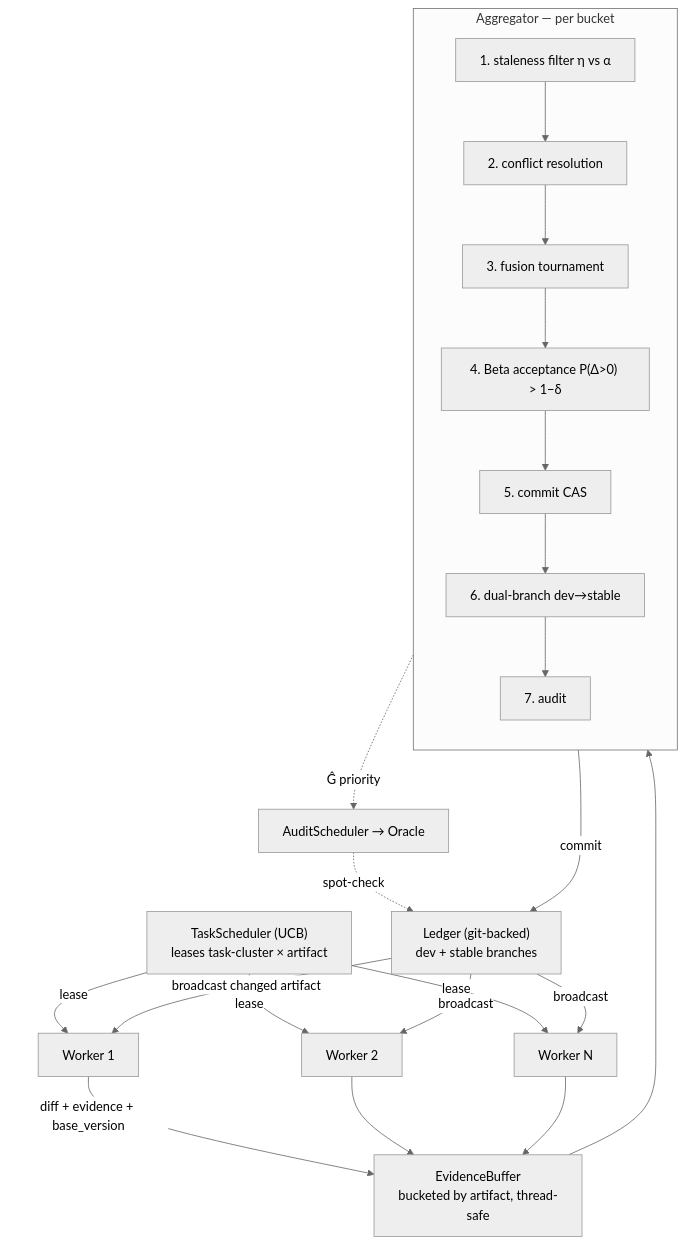
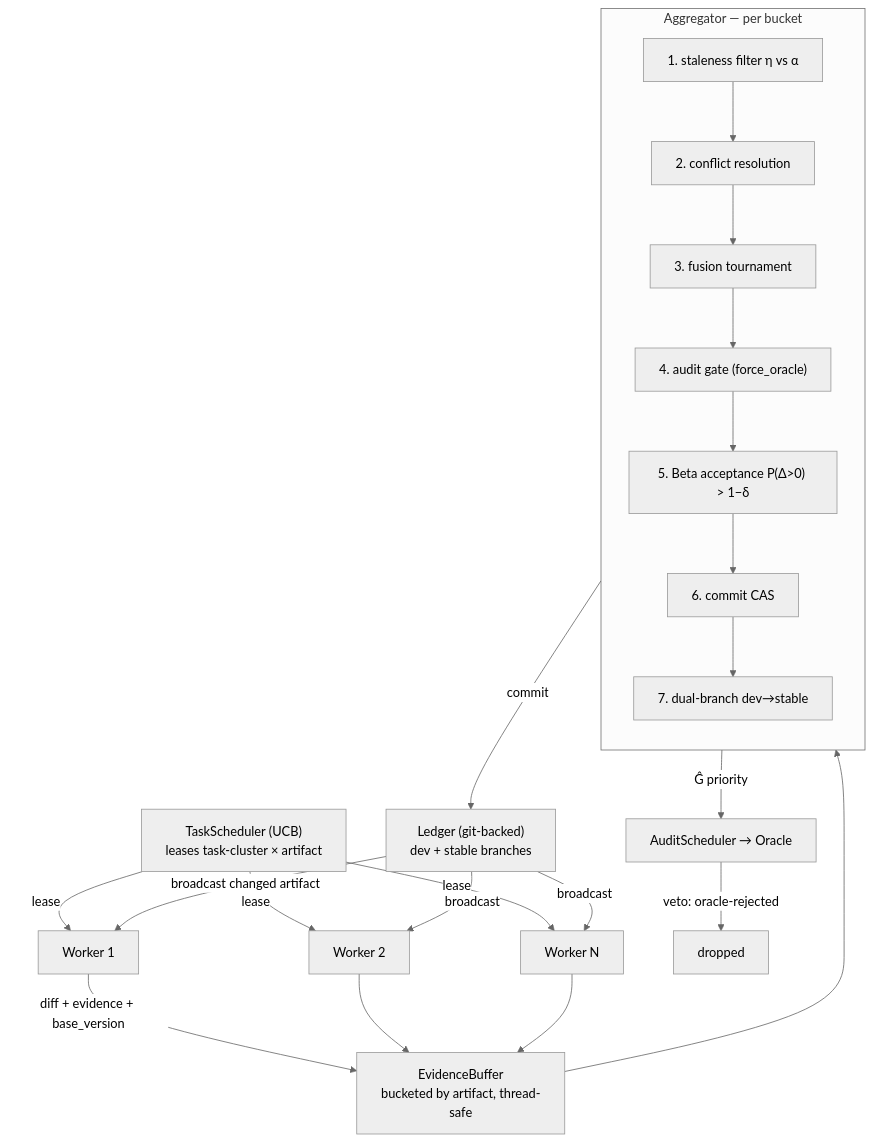
The diagram in docs/architecture.md (Birfy/agentdescent), drawn with Mermaid (neutral theme) before and after one commit. The commit also changed other lines of this file and 10 other files, not shown here.

````diff
--- a/docs/architecture.md
+++ b/docs/architecture.md
@@ -26,25 +26,25 @@
 ```mermaid
 flowchart TD
     TS["TaskScheduler (UCB)<br/>leases task-cluster × artifact"] -->|lease| W1[Worker 1]
     TS -->|lease| W2[Worker 2]
     TS -->|lease| WN[Worker N]
     W1 -->|diff + evidence + base_version| EB
     W2 --> EB
     WN --> EB
     EB["EvidenceBuffer<br/>bucketed by artifact, thread-safe"] --> AG
     subgraph AG["Aggregator — per bucket"]
         direction TB
         S1[1. staleness filter η vs α] --> S2[2. conflict resolution]
         S2 --> S3[3. fusion tournament]
-        S3 --> S4["4. Beta acceptance P(Δ>0) &gt; 1−δ"]
-        S4 --> S5[5. commit CAS]
-        S5 --> S6[6. dual-branch dev→stable]
-        S6 --> S7[7. audit]
+        S3 --> S7["4. audit gate (force_oracle)"]
+        S7 --> S4["5. Beta acceptance P(Δ>0) &gt; 1−δ"]
+        S4 --> S5[6. commit CAS]
+        S5 --> S6[7. dual-branch dev→stable]
     end
     AG -->|commit| LG["Ledger (git-backed)<br/>dev + stable branches"]
     LG -->|broadcast changed artifact| W1
     LG -->|broadcast| W2
     LG -->|broadcast| WN
-    S7 -.->|Ĝ priority| AUD["AuditScheduler → Oracle"]
-    AUD -.->|spot-check| LG
+    S7 -->|Ĝ priority| AUD["AuditScheduler → Oracle"]
+    AUD -->|veto: oracle-rejected| OUT[dropped]
 ```
````
